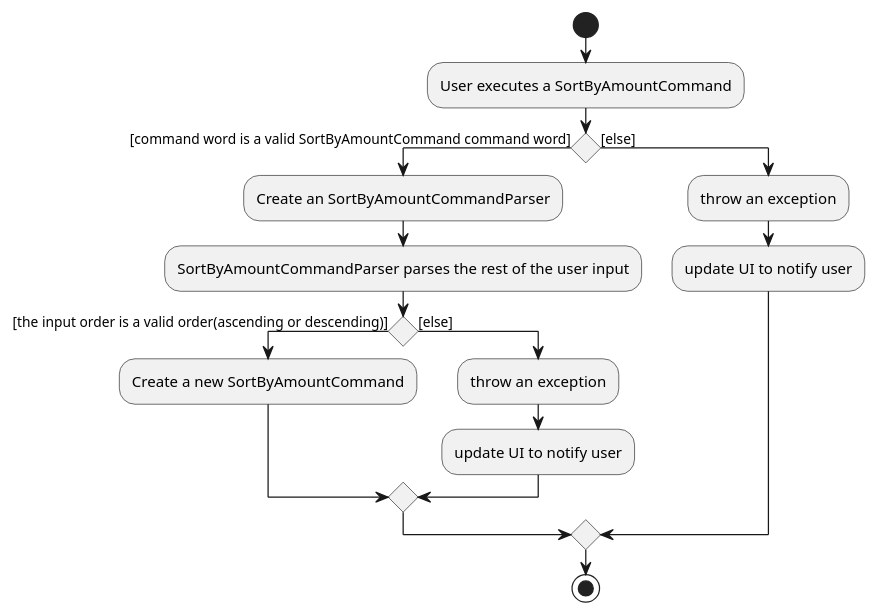
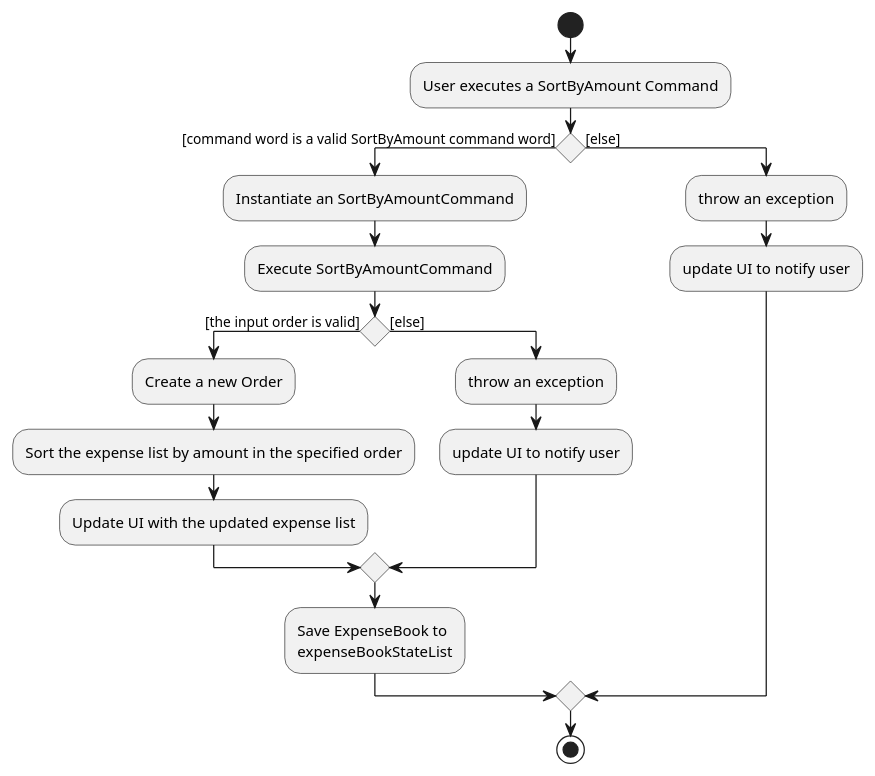
One commit to yyutong/tp changed the diagram in docs/diagrams/SortByAmountCommandActivityDiagram.puml. Above: the diagram before and after it, drawn with PlantUML. The commit also changed 12 other files, not shown here.

```diff
--- a/docs/diagrams/SortByAmountCommandActivityDiagram.puml
+++ b/docs/diagrams/SortByAmountCommandActivityDiagram.puml
@@ -1,22 +1,26 @@
 @startuml
 start
-:User executes a SortByAmountCommand;
+:User executes a SortByAmount Command;
 
 'Since the beta syntax does not support placing the condition outside the
 'diamond we place it as the true branch instead.
 
-if () then ([command word is a valid SortByAmountCommand command word])
-    :Create an SortByAmountCommandParser;
-    :SortByAmountCommandParser parses the rest of the user input;
-    if () then ([the input order is a valid order(ascending or descending)])
-        :Create a new SortByAmountCommand;
+if () then ([command word is a valid SortByAmount command word])
+    :Instantiate an SortByAmountCommand;
+    :Execute SortByAmountCommand;
+    if () then ([the input order is valid])
+        :Create a new Order;
+        :Sort the expense list by amount in the specified order;
+        :Update UI with the updated expense list;
     else ([else])
         :throw an exception;
         :update UI to notify user;
     endif
+    :Save ExpenseBook to
+    expenseBookStateList;
 else ([else])
     :throw an exception;
     :update UI to notify user;
 endif
 stop
 @enduml
```
